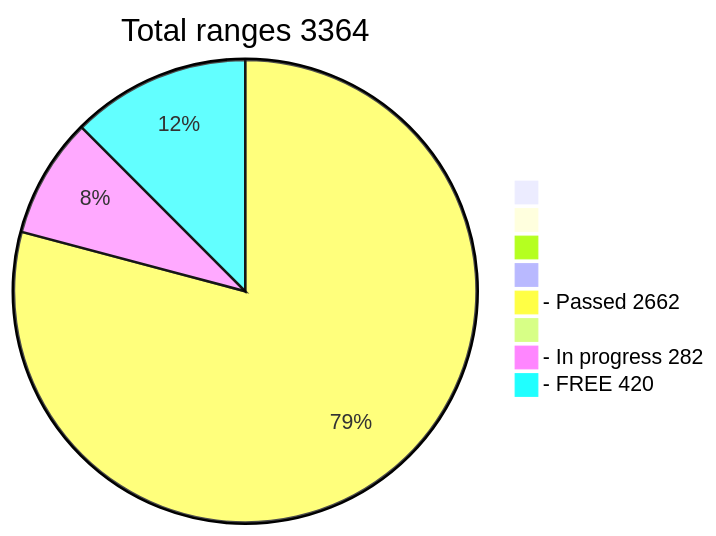
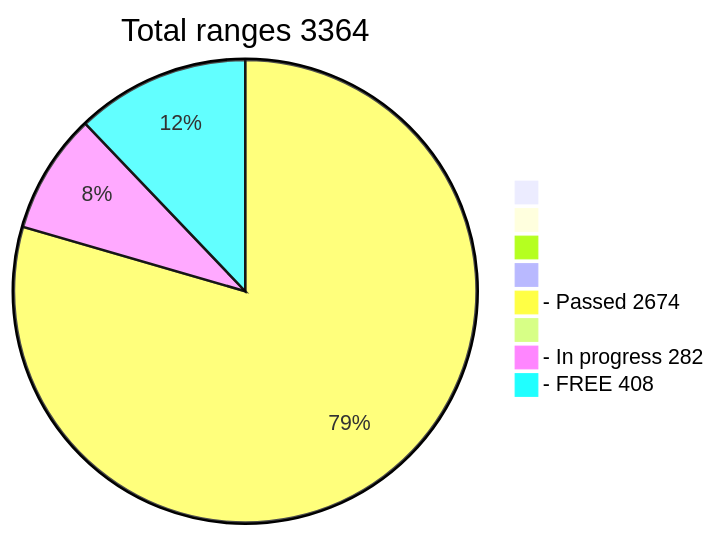
One commit to phrutis/wif500 changed the diagram in README.md. Above: the diagram before and after it, drawn with Mermaid.

````diff
--- a/README.md
+++ b/README.md
@@ -16,12 +16,12 @@
 ```mermaid
 pie title Total ranges 3364
              " " : 0
             "  " : 0
            "   " : 0
           "    " : 0
-  "- Passed 2662" : 2662
+  "- Passed 2674" : 2674
          "     " : 0
   "- In progress 282" : 282
-   "- FREE 420" : 420
+   "- FREE 408" : 408
    
 ```
````
